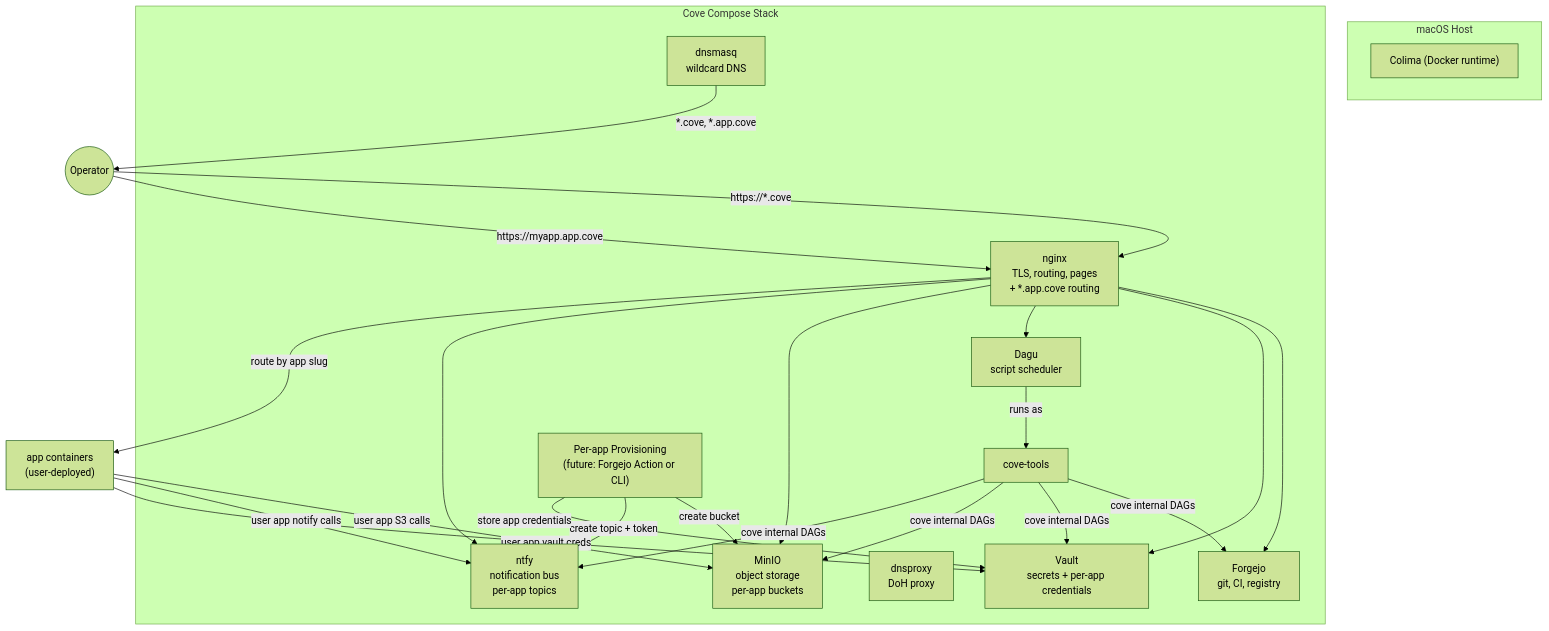
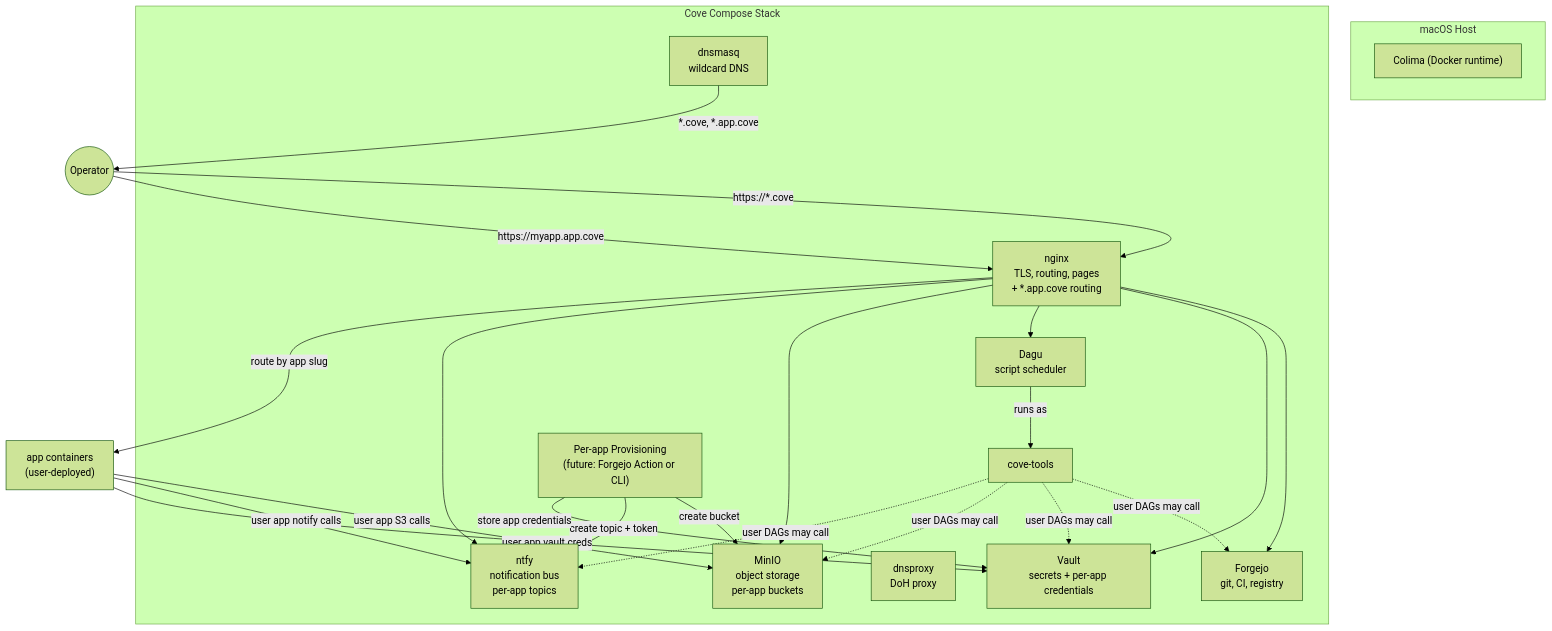
The third of 3 diagrams in docs/musings/parleys/2026-07-06-c4-diagrams.md (cristoslc/cove), drawn with Mermaid (forest theme) before and after one commit. The commit also changed other lines of this file and 2 other files, not shown here.

Commit message:
parley: clean all source documents of stale framing (proxy, cove-shipped dags, health-daemon)

````diff
--- a/docs/musings/parleys/2026-07-06-c4-diagrams.md
+++ b/docs/musings/parleys/2026-07-06-c4-diagrams.md
@@ -103,49 +102,49 @@
 ```mermaid
 graph TB
     subgraph Host["macOS Host"]
         Colima["Colima (Docker runtime)"]
     end
 
     subgraph Compose["Cove Compose Stack"]
         nginx["nginx<br/>TLS, routing, pages<br/>+ *.app.cove routing"]
         forgejo["Forgejo<br/>git, CI, registry"]
         vault["Vault<br/>secrets + per-app credentials"]
         dnsmasq["dnsmasq<br/>wildcard DNS"]
         dnsproxy["dnsproxy<br/>DoH proxy"]
 
         dagu["Dagu<br/>script scheduler"]
         coveTools["cove-tools"]
         minio["MinIO<br/>object storage<br/>per-app buckets"]
         ntfy["ntfy<br/>notification bus<br/>per-app topics"]
 
         appProv["Per-app Provisioning<br/>(future: Forgejo Action or CLI)"]
     end
 
     Operator(("Operator"))
 
     Operator -->|"https://*.cove"| nginx
     Operator -->|"https://myapp.app.cove"| nginx
 
     nginx --> forgejo
     nginx --> vault
     nginx --> dagu
     nginx --> minio
     nginx --> ntfy
     nginx -->|"route by app slug"| AppServices["app containers<br/>(user-deployed)"]
 
     dagu -->|"runs as"| coveTools
-    coveTools -->|"cove internal DAGs"| forgejo
-    coveTools -->|"cove internal DAGs"| vault
-    coveTools -->|"cove internal DAGs"| minio
-    coveTools -->|"cove internal DAGs"| ntfy
+    coveTools -.->|"user DAGs may call"| forgejo
+    coveTools -.->|"user DAGs may call"| vault
+    coveTools -.->|"user DAGs may call"| minio
+    coveTools -.->|"user DAGs may call"| ntfy
 
     AppServices -->|"user app S3 calls"| minio
     AppServices -->|"user app notify calls"| ntfy
     AppServices -->|"user app vault creds"| vault
 
     appProv -->|"create bucket"| minio
     appProv -->|"create topic + token"| ntfy
     appProv -->|"store app credentials"| vault
 
     dnsmasq -->|"*.cove, *.app.cove"| Operator
 ```
````
